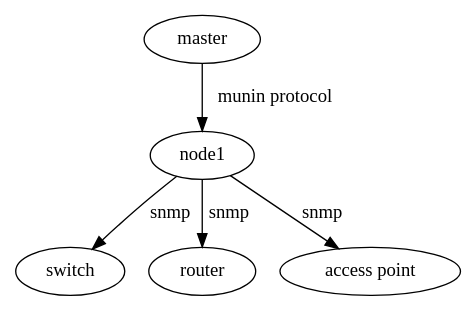
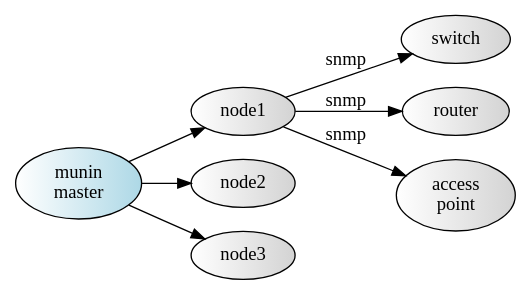
Before and after one commit to munin-monitoring/munin: the third of 3 diagrams in doc/architecture/protocol.rst, drawn with Graphviz. The commit also changed other lines of this file, not shown here.

Commit message:
doc: add detail to master-node illustrations

```diff
--- a/doc/architecture/protocol.rst
+++ b/doc/architecture/protocol.rst
@@ -42,8 +61,16 @@
 .. graphviz::
 
    digraph {
-     "master" -> "node1" [label="munin protocol"];
-     "node1"  -> "switch" [label="snmp"];
-     "node1"  -> "router" [label="snmp"];
-     "node1"  -> "access point" [label="snmp"];
+       graph [ rankdir="LR" ];
+       node [style=filled, fillcolor="white:lightgrey"];
+
+       "master" [label="munin\nmaster", fillcolor="white:lightblue"];
+
+       "master" -> "node1";
+       "node1"  -> "switch" [label="snmp"];
+       "node1"  -> "router" [label="snmp"];
+       "node1"  -> "access\npoint" [label="snmp"];
+
+       "master" -> "node2";
+       "master" -> "node3";
    }
```
